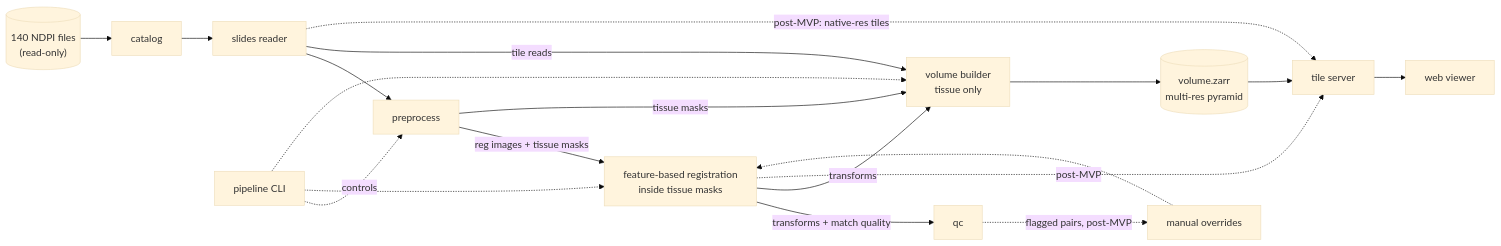
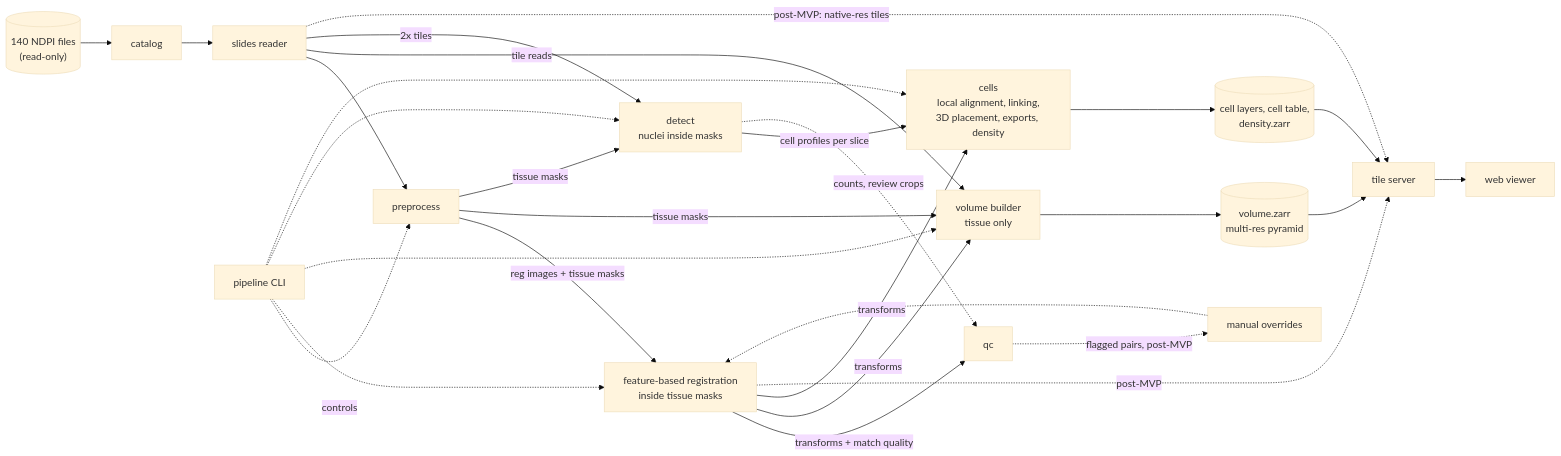
One commit to Mohammad-Aminazadeh/brain-3d-reconstruction changed the first of 2 diagrams in docs/ARCHITECTURE.md. Above: the diagram before and after it, drawn with Mermaid (base theme). The commit also changed other lines of this file and 12 other files, not shown here.

````diff
--- a/docs/ARCHITECTURE.md
+++ b/docs/ARCHITECTURE.md
@@ -36,21 +44,30 @@
 ```mermaid
 flowchart LR
     NDPI[("140 NDPI files<br/>(read-only)")] --> CAT[catalog]
     CAT --> SL[slides reader]
     SL --> PRE[preprocess]
     PRE -->|reg images + tissue masks| REG[feature-based registration<br/>inside tissue masks]
     REG -->|transforms + match quality| QC[qc]
     QC -.->|flagged pairs, post-MVP| OVR[manual overrides]
     OVR -.-> REG
     REG -->|transforms| VOL[volume builder<br/>tissue only]
     PRE -->|tissue masks| VOL
     SL -->|tile reads| VOL
     VOL --> ZARR[("volume.zarr<br/>multi-res pyramid")]
     ZARR --> SRV[tile server]
+    SL -->|2x tiles| DET[detect<br/>nuclei inside masks]
+    PRE -->|tissue masks| DET
+    DET -->|cell profiles per slice| CEL[cells<br/>local alignment, linking,<br/>3D placement, exports, density]
+    REG -->|transforms| CEL
+    CEL --> LAY[("cell layers, cell table,<br/>density.zarr")]
+    DET -.->|counts, review crops| QC
+    LAY --> SRV
     SRV --> WEB[web viewer]
     SL -. post-MVP: native-res tiles .-> SRV
     REG -. post-MVP .-> SRV
     ORCH[pipeline CLI] -.controls.-> PRE
     ORCH -.-> REG
     ORCH -.-> VOL
+    ORCH -.-> DET
+    ORCH -.-> CEL
 ```
````
